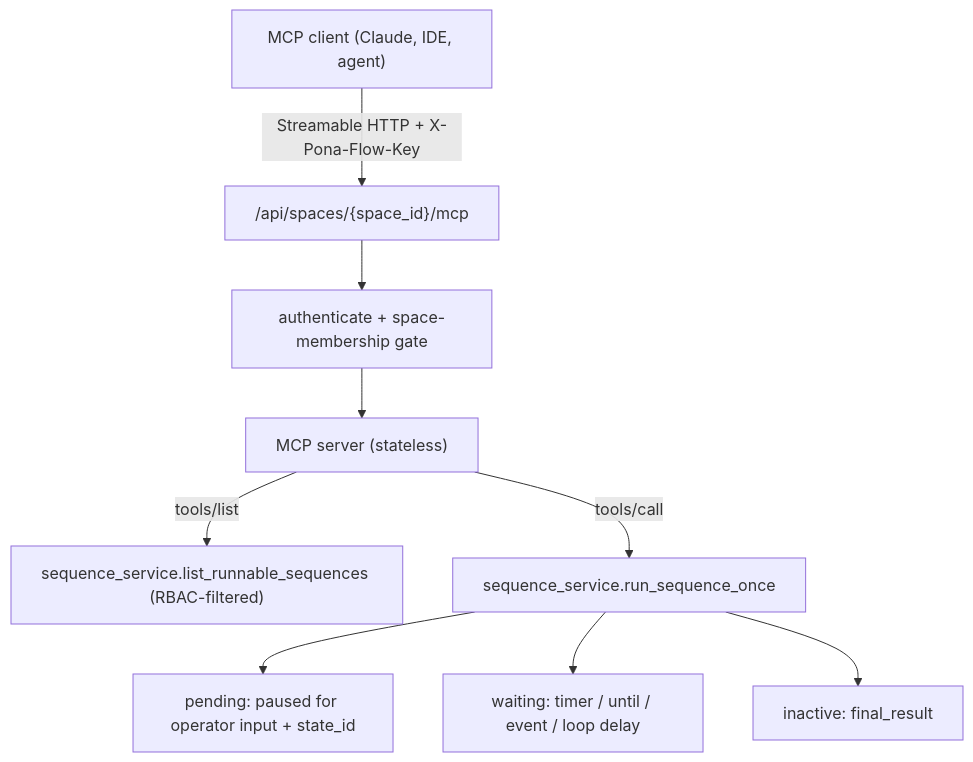
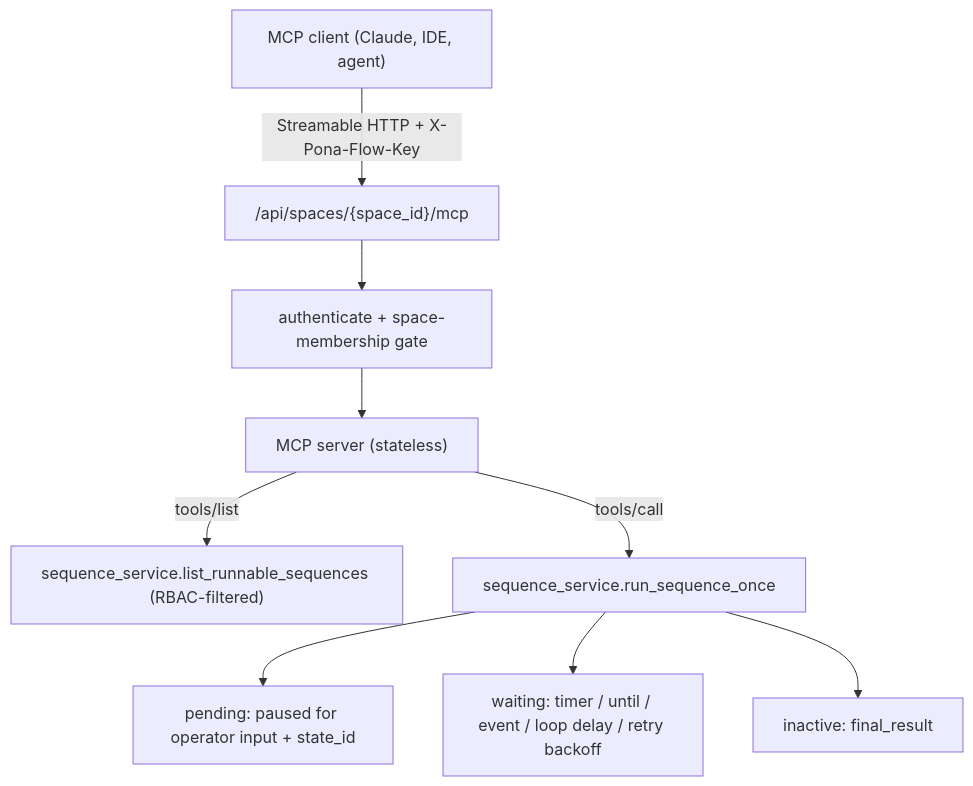
One commit to MitchMcQuinn/pona-flow changed the first of 2 diagrams in Docs/MCP-GATEWAY.md. Above: the diagram before and after it, drawn with Mermaid. The commit also changed other lines of this file and 27 other files, not shown here.

````diff
--- a/Docs/MCP-GATEWAY.md
+++ b/Docs/MCP-GATEWAY.md
@@ -23,11 +23,11 @@
 ```mermaid
 flowchart TB
   client["MCP client (Claude, IDE, agent)"] -->|"Streamable HTTP + X-Pona-Flow-Key"| mount["/api/spaces/{space_id}/mcp"]
   mount --> authz["authenticate + space-membership gate"]
   authz --> server["MCP server (stateless)"]
   server -->|"tools/list"| list["sequence_service.list_runnable_sequences (RBAC-filtered)"]
   server -->|"tools/call"| run["sequence_service.run_sequence_once"]
   run --> pending["pending: paused for operator input + state_id"]
-  run --> waiting["waiting: timer / until / event / loop delay"]
+  run --> waiting["waiting: timer / until / event / loop delay / retry backoff"]
   run --> done["inactive: final_result"]
 ```
````
